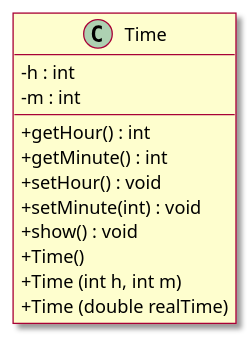
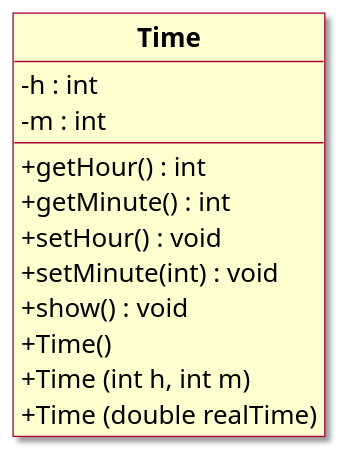
One commit to HE-Arc/1242.2-Langage_CPP changed the first of 3 diagrams in content/docs/cours/02_Des_classes_et_des_objets.md. Above: the diagram before and after it, drawn with PlantUML. The commit also changed 1 other file, not shown here.

Commit message:
DONE Added new UML diagram for containers

```diff
--- a/content/docs/cours/02_Des_classes_et_des_objets.md
+++ b/content/docs/cours/02_Des_classes_et_des_objets.md
@@ -54,19 +54,24 @@
 {{< plantuml id="chap2_exo1_2">}}
 @startuml
+
 skin rose
+skinparam defaultFontSize 20
+skinparam classFontStyle bold
 skinparam classAttributeIconSize 0
+hide circle
+
 class Time
   {
     - h : int
     - m : int
     + getHour() : int
     + getMinute() : int
     + setHour() : void
     + setMinute(int) : void
     + show() : void
     + Time()
     + Time (int h, int m)
     + Time (double realTime)
   }
 @enduml
 {{< /plantuml >}}
```
